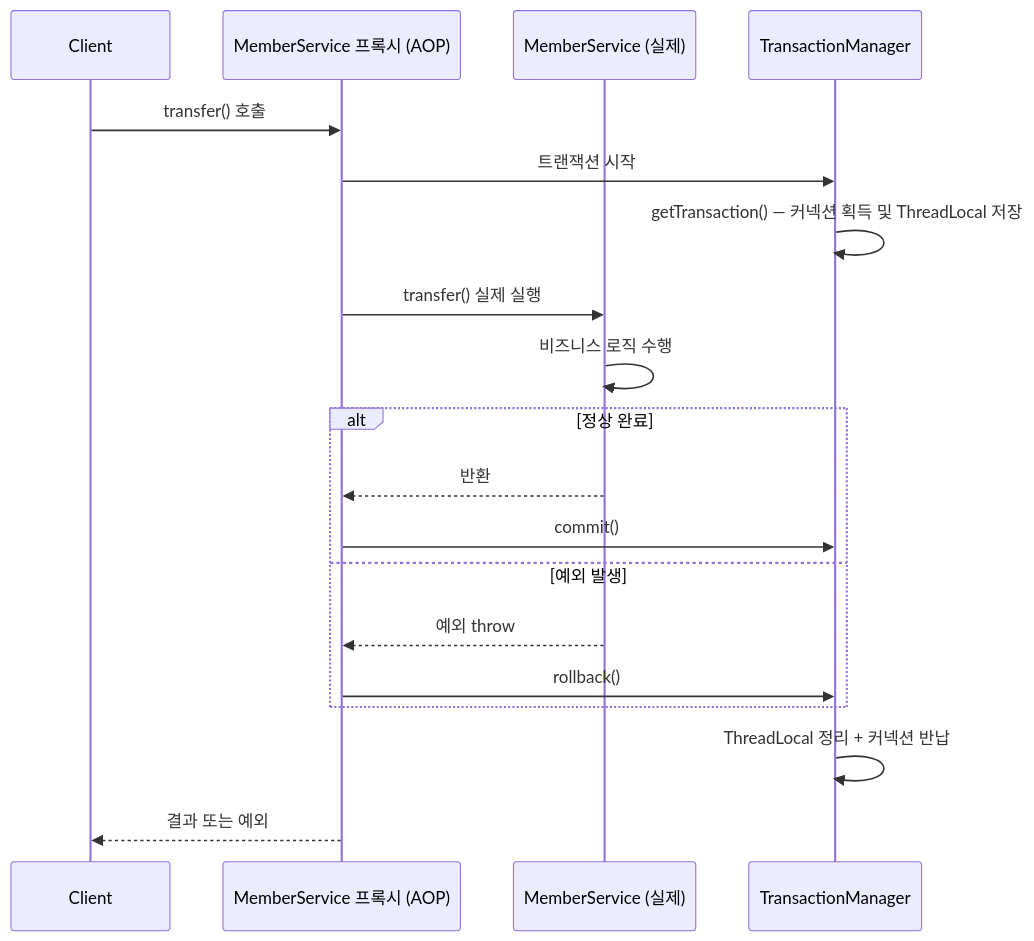
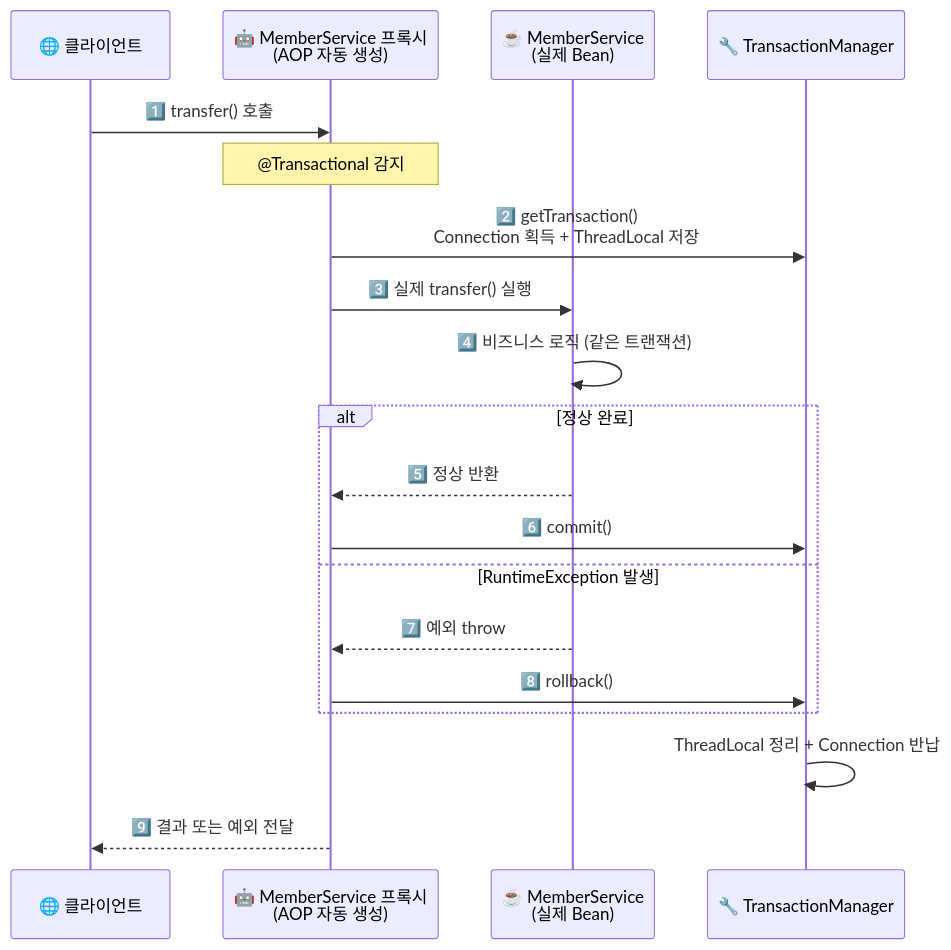
One commit to yjkim2015/yjkim2015.github.io changed the seventh of 11 diagrams in _posts/spring/2026-05-02-spring-db-1.md. Above: the diagram before and after it, drawn with Mermaid. The commit also changed other lines of this file and 32 other files, not shown here.

````diff
--- a/_posts/spring/2026-05-02-spring-db-1.md
+++ b/_posts/spring/2026-05-02-spring-db-1.md
@@ -409,22 +452,24 @@
 ```mermaid
 sequenceDiagram
-    participant C as Client
-    participant P as MemberService 프록시 (AOP)
-    participant S as MemberService (실제)
-    participant TM as TransactionManager
+    participant C as 🌐 클라이언트
+    participant P as 🤖 MemberService 프록시<br/>(AOP 자동 생성)
+    participant S as ☕ MemberService<br/>(실제 Bean)
+    participant TM as 🔧 TransactionManager
 
-    C->>P: transfer() 호출
-    P->>TM: 트랜잭션 시작
-    TM->>TM: getTransaction() — 커넥션 획득 및 ThreadLocal 저장
-    P->>S: transfer() 실제 실행
-    S->>S: 비즈니스 로직 수행
+    C->>P: 1️⃣ transfer() 호출
+    Note over P: @Transactional 감지
+    P->>TM: 2️⃣ getTransaction()<br/>Connection 획득 + ThreadLocal 저장
+    P->>S: 3️⃣ 실제 transfer() 실행
+    S->>S: 4️⃣ 비즈니스 로직 (같은 트랜잭션)
+
     alt 정상 완료
-        S-->>P: 반환
-        P->>TM: commit()
-    else 예외 발생
-        S-->>P: 예외 throw
-        P->>TM: rollback()
+        S-->>P: 5️⃣ 정상 반환
+        P->>TM: 6️⃣ commit()
+    else RuntimeException 발생
+        S-->>P: 7️⃣ 예외 throw
+        P->>TM: 8️⃣ rollback()
     end
-    TM->>TM: ThreadLocal 정리 + 커넥션 반납
-    P-->>C: 결과 또는 예외
+
+    TM->>TM: ThreadLocal 정리 + Connection 반납
+    P-->>C: 9️⃣ 결과 또는 예외 전달
 ```
````
